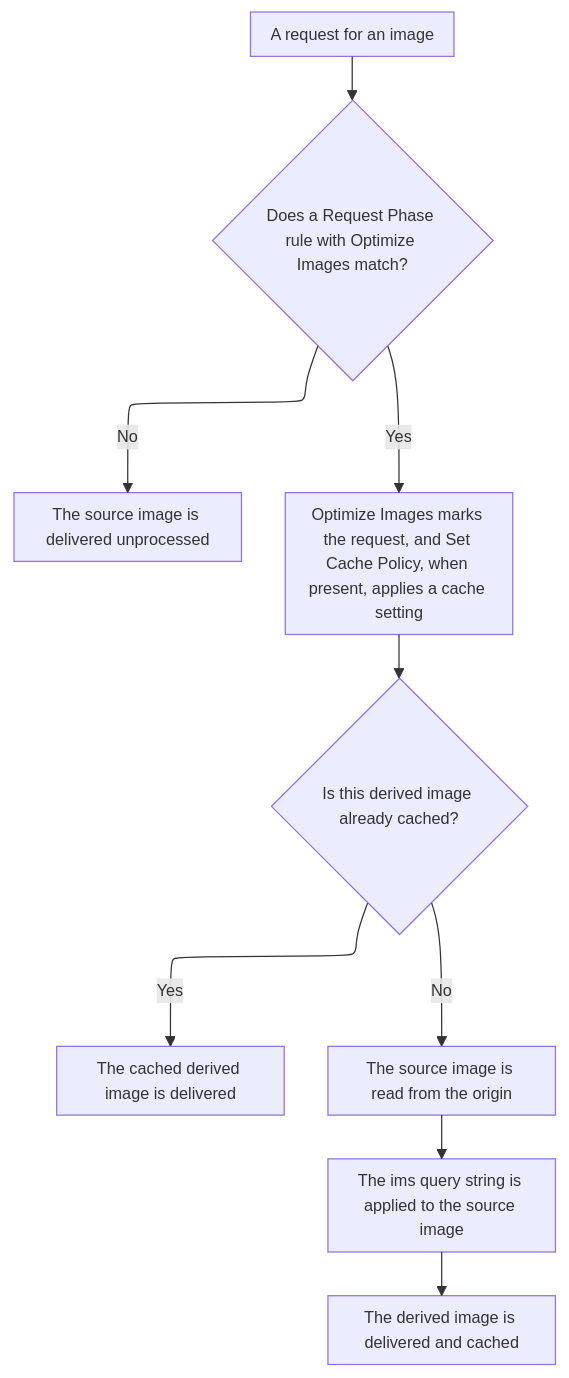
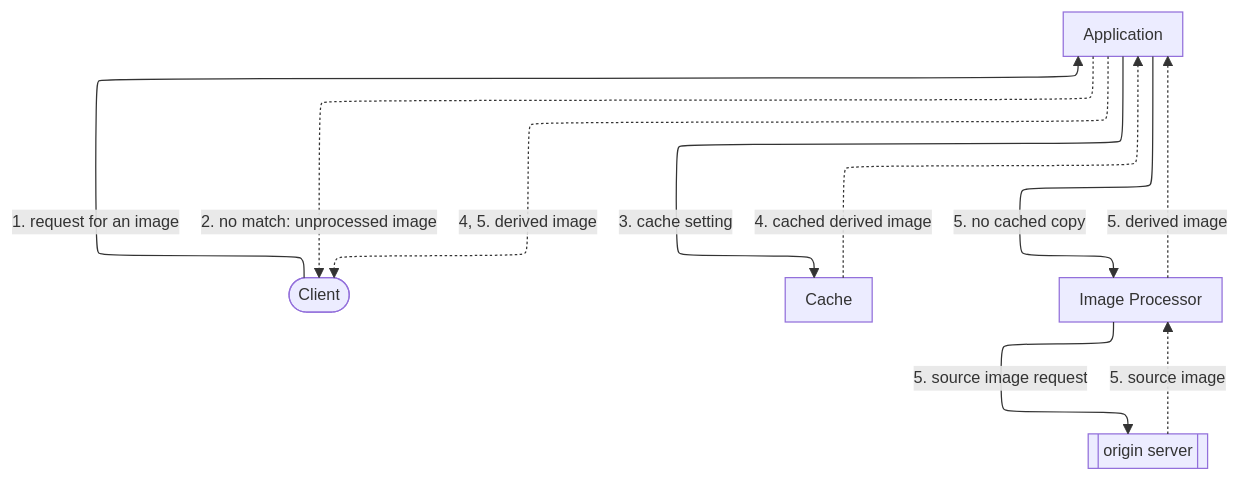
Before and after one commit to aziontech/docs: the diagram in apps/docs/src/content/docs/en/pages/build/image-processor/overview.mdx, drawn with Mermaid. The commit also changed other lines of this file and 9 other files, not shown here.

First line of the commit message:
docs(image-processor): apply the new rules to the overview, quickstart, Image delivery, URL parameters, and settings

````diff
--- a/apps/docs/src/content/docs/en/pages/build/image-processor/overview.mdx
+++ b/apps/docs/src/content/docs/en/pages/build/image-processor/overview.mdx
@@ -61,12 +61,18 @@
 ```mermaid
-%%{init: {"layout": "elk", "themeVariables": {"fontSize": "13px"}, "flowchart": {"nodeSpacing": 24, "rankSpacing": 36, "padding": 8, "wrappingWidth": 150, "useMaxWidth": true}, "sequence": {"width": 120, "actorMargin": 30, "useMaxWidth": true}}}%%
+%%{init: {"layout": "elk", "elk": {"cycleBreakingStrategy": "MODEL_ORDER"}, "themeVariables": {"fontSize": "13px"}, "flowchart": {"nodeSpacing": 24, "rankSpacing": 36, "padding": 8, "wrappingWidth": 150, "useMaxWidth": true}, "sequence": {"width": 120, "actorMargin": 30, "useMaxWidth": true}}}%%
 flowchart TD
-  Request["A request for an image"] --> Rules{"Does a Request Phase rule with Optimize Images match?"}
-  Rules -->|"No"| Unprocessed["The source image is delivered unprocessed"]
-  Rules -->|"Yes"| Optimize["Optimize Images marks the request, and Set Cache Policy, when present, applies a cache setting"]
-  Optimize --> Cached{"Is this derived image already cached?"}
-  Cached -->|"Yes"| Hit["The cached derived image is delivered"]
-  Cached -->|"No"| Origin["The source image is read from the origin"]
-  Origin --> Apply["The ims query string is applied to the source image"]
-  Apply --> Store["The derived image is delivered and cached"]
+  Client(["Client"])
+  App["Application"]
+  Cache["Cache"]
+  IP["Image Processor"]
+  Origin[["origin server"]]
+  Client -->|"1. request for an image"| App
+  App -.->|"2. no match: unprocessed image"| Client
+  App -->|"3. cache setting"| Cache
+  Cache -.->|"4. cached derived image"| App
+  App -->|"5. no cached copy"| IP
+  IP -->|"5. source image request"| Origin
+  Origin -.->|"5. source image"| IP
+  IP -.->|"5. derived image"| App
+  App -.->|"4, 5. derived image"| Client
 ```
````
